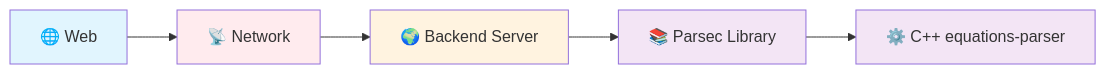
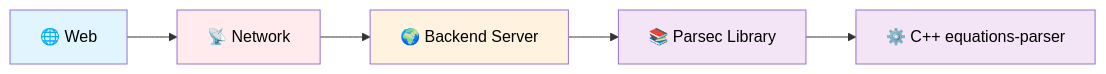
The first of 2 diagrams in README.md (oxeanbits/parsec-web), drawn with Mermaid before and after one commit. The commit also changed other lines of this file, not shown here.

````diff
--- a/README.md
+++ b/README.md
@@ -16,10 +16,10 @@
 ```mermaid
 graph LR
     A[🌐 Web] --> B[📡 Network] --> C[🌍 Backend Server] --> D[📚 Parsec Library] --> E[⚙️ C++ equations-parser]
     
-    style A fill:#e1f5fe
-    style B fill:#ffebee
-    style C fill:#fff3e0
-    style D fill:#f3e5f5
-    style E fill:#f3e5f5
+    style A fill:#e1f5fe,color:#000000
+    style B fill:#ffebee,color:#000000
+    style C fill:#fff3e0,color:#000000
+    style D fill:#f3e5f5,color:#000000
+    style E fill:#f3e5f5,color:#000000
 ```
````
